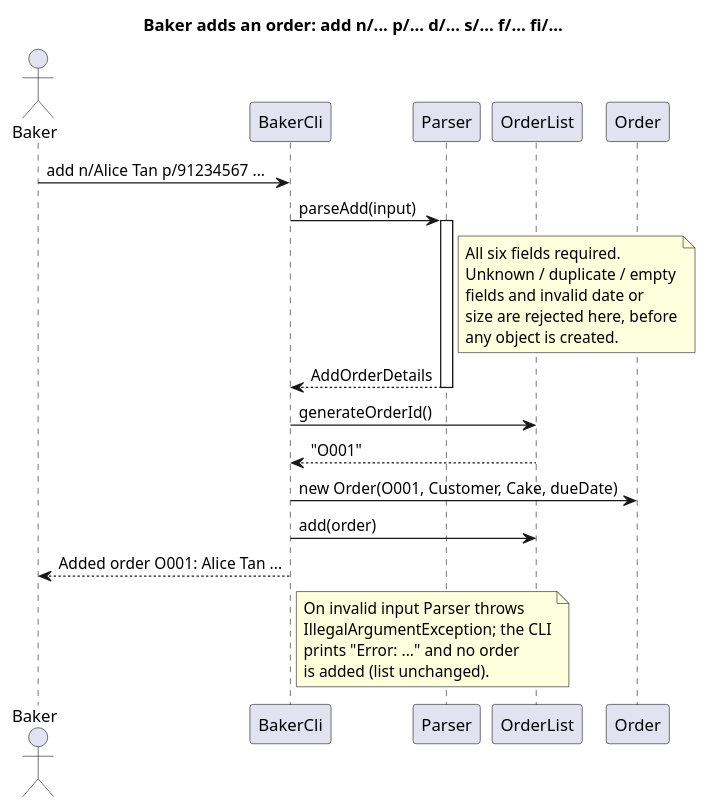
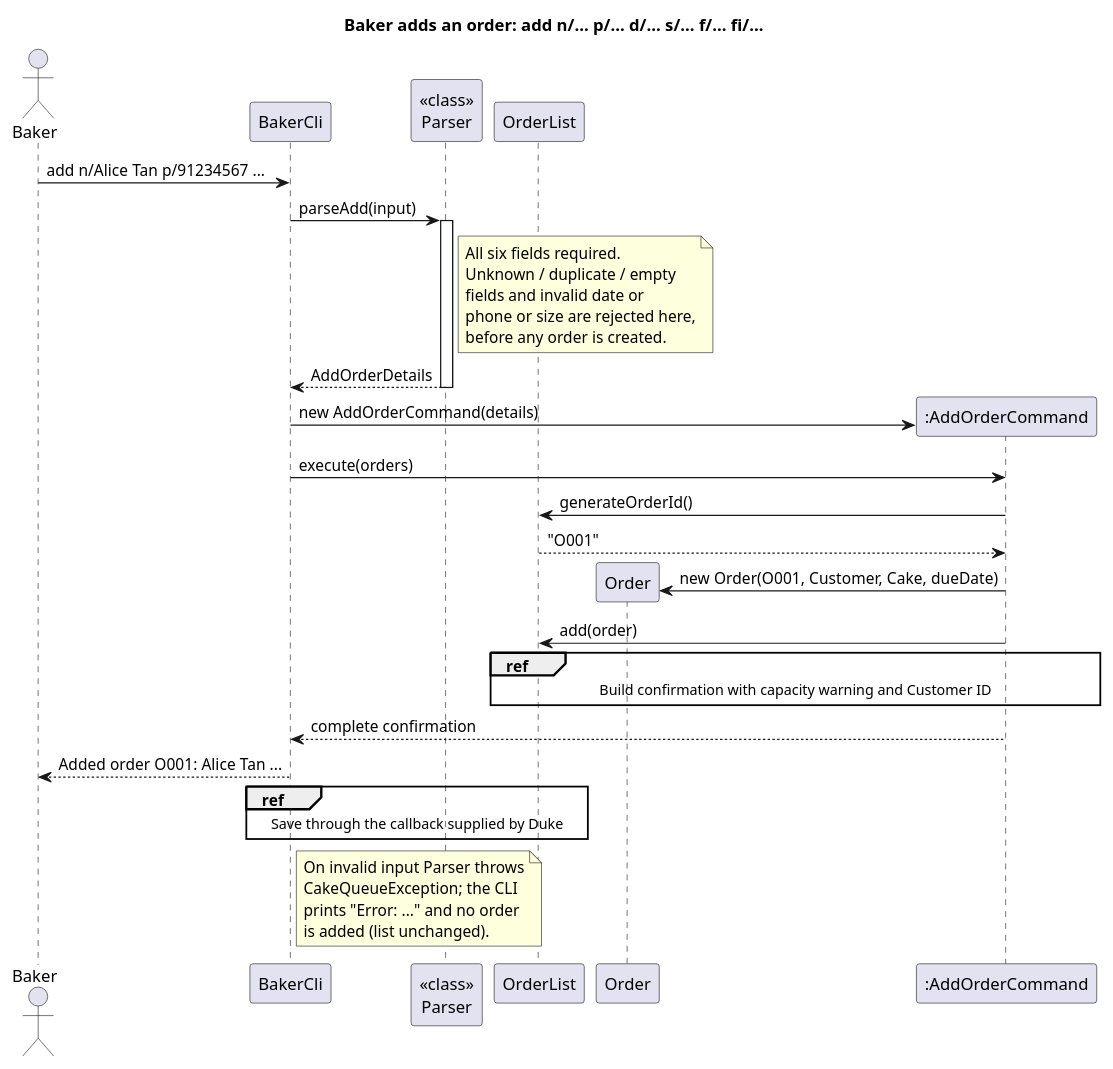
One commit to AY2627S1-CS2113-W12-1/tp changed the diagram in docs/diagrams/AddOrderSequenceDiagram.puml. Above: the diagram before and after it, drawn with PlantUML. The commit also changed 11 other files, not shown here.

First line of the commit message:
Extract AddOrderCommand

```diff
--- a/docs/diagrams/AddOrderSequenceDiagram.puml
+++ b/docs/diagrams/AddOrderSequenceDiagram.puml
@@ -1,33 +1,40 @@
 @startuml AddOrderSequenceDiagram
 title Baker adds an order: add n/... p/... d/... s/... f/... fi/...
 
 actor Baker
 participant "BakerCli" as Cli
-participant "Parser" as Parser
+participant "<<class>>\nParser" as Parser
 participant "OrderList" as List
 participant "Order" as Order
 
 Baker -> Cli : add n/Alice Tan p/91234567 ...
 Cli -> Parser : parseAdd(input)
 activate Parser
 note right of Parser
   All six fields required.
   Unknown / duplicate / empty
   fields and invalid date or
-  size are rejected here, before
-  any object is created.
+  phone or size are rejected here,
+  before any order is created.
 end note
 Parser --> Cli : AddOrderDetails
 deactivate Parser
-Cli -> List : generateOrderId()
-List --> Cli : "O001"
-Cli -> Order : new Order(O001, Customer, Cake, dueDate)
-Cli -> List : add(order)
+create participant ":AddOrderCommand" as Add
+Cli -> Add : new AddOrderCommand(details)
+Cli -> Add : execute(orders)
+Add -> List : generateOrderId()
+List --> Add : "O001"
+create Order
+Add -> Order : new Order(O001, Customer, Cake, dueDate)
+Add -> List : add(order)
+ref over Add, List : Build confirmation with capacity warning and Customer ID
+Add --> Cli : complete confirmation
 Cli --> Baker : Added order O001: Alice Tan ...
+ref over Cli, List : Save through the callback supplied by Duke
 note right of Cli
   On invalid input Parser throws
-  IllegalArgumentException; the CLI
+  CakeQueueException; the CLI
   prints "Error: ..." and no order
   is added (list unchanged).
 end note
 @enduml
```
